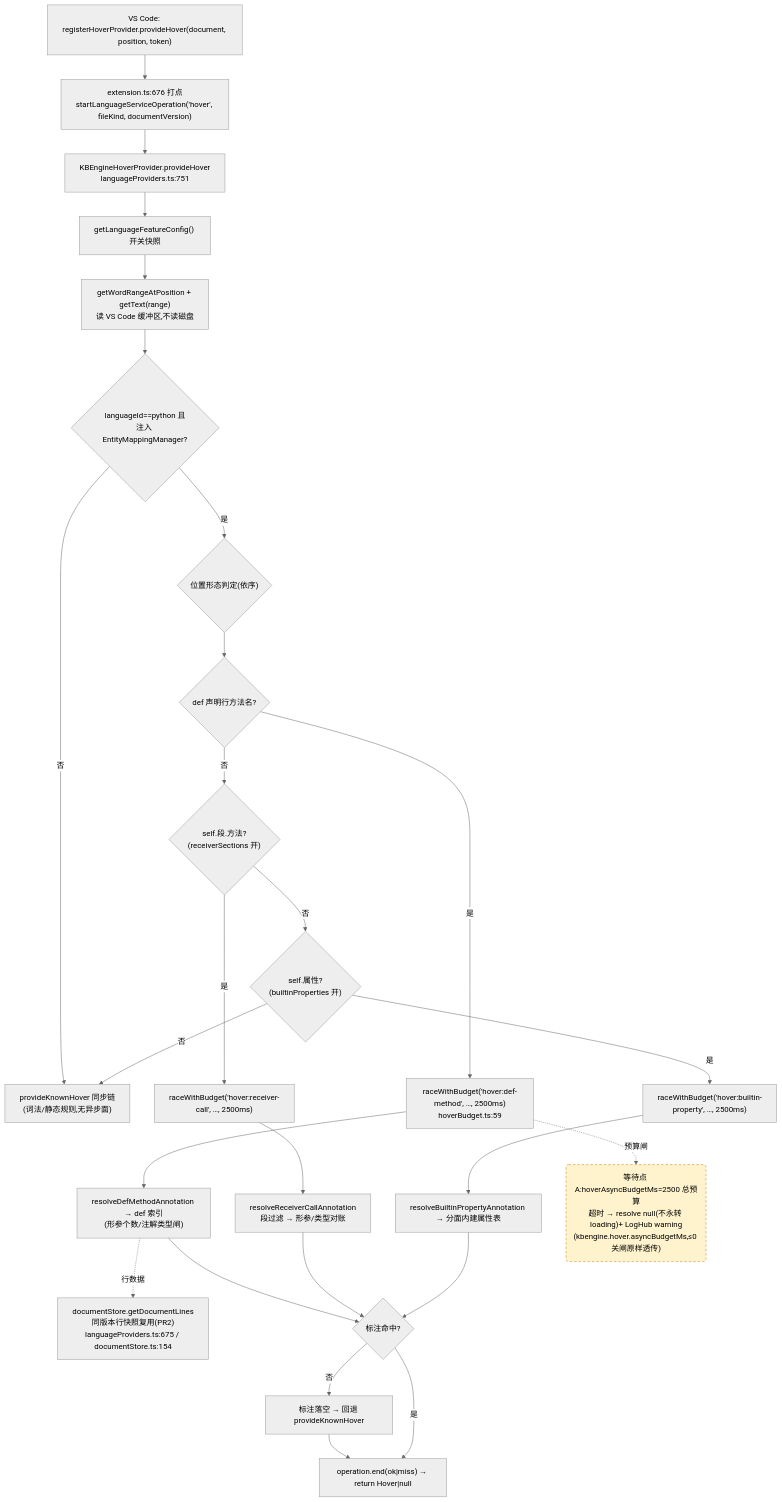
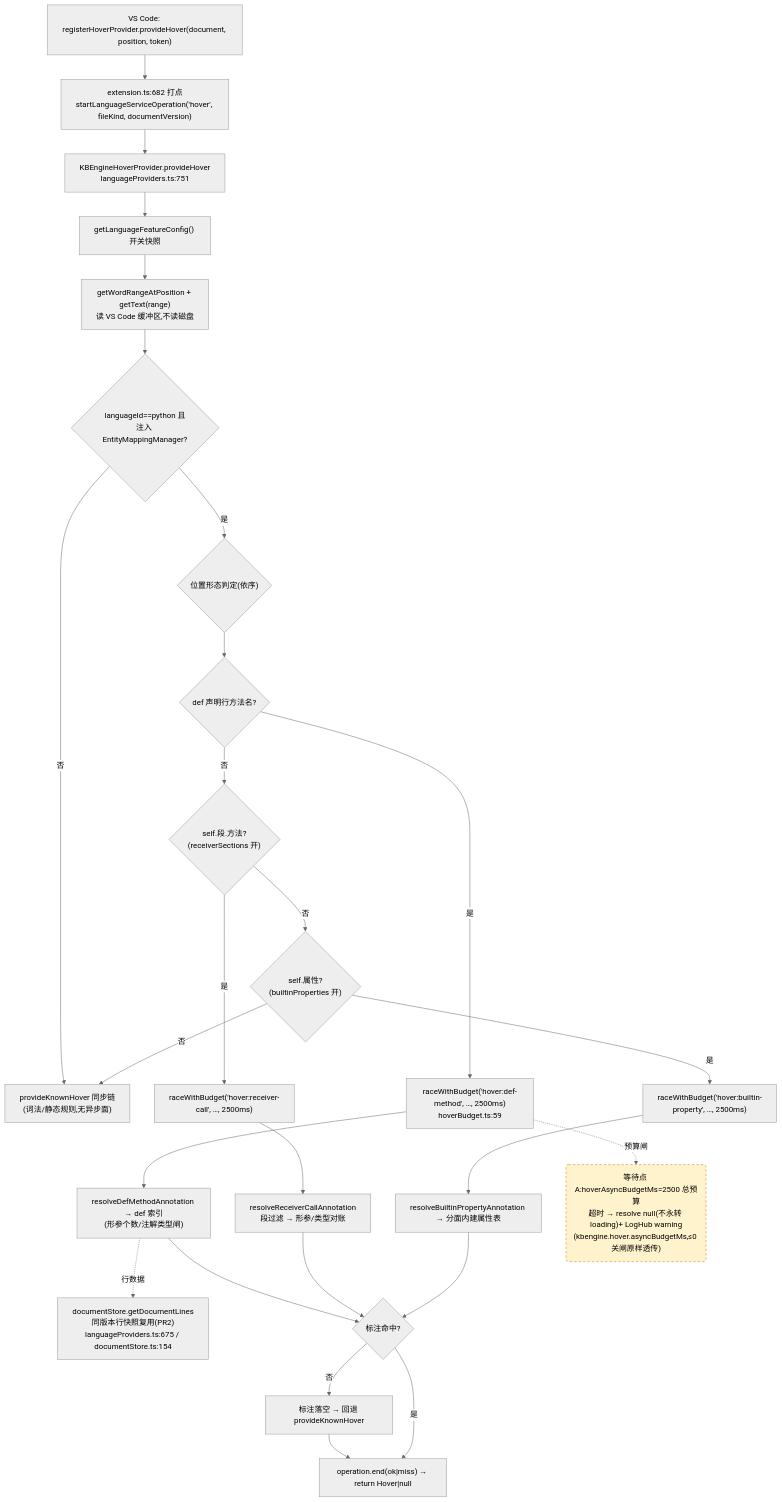
One commit to cuihairu/kode changed the first of 4 diagrams in docs/perf/2026-baseline.md. Above: the diagram before and after it, drawn with Mermaid (neutral theme). The commit also changed other lines of this file and 11 other files, not shown here.

````diff
--- a/docs/perf/2026-baseline.md
+++ b/docs/perf/2026-baseline.md
@@ -82,45 +82,45 @@
 ```mermaid
 flowchart TD
   VC1["VS Code: registerHoverProvider.provideHover(document, position, token)"]
-  M1["extension.ts:676 打点<br/>startLanguageServiceOperation('hover', fileKind, documentVersion)"]
+  M1["extension.ts:682 打点<br/>startLanguageServiceOperation('hover', fileKind, documentVersion)"]
   HP["KBEngineHoverProvider.provideHover<br/>languageProviders.ts:751"]
   CFG["getLanguageFeatureConfig() 开关快照"]
   WORD["getWordRangeAtPosition + getText(range)<br/>读 VS Code 缓冲区,不读磁盘"]
   BR{"languageId==python 且<br/>注入 EntityMappingManager?"}
   KN["provideKnownHover 同步链<br/>(词法/静态规则,无异步面)"]
   POS{"位置形态判定(依序)"}
   D1{"def 声明行方法名?"}
   D2{"self.段.方法?<br/>(receiverSections 开)"}
   D3{"self.属性?<br/>(builtinProperties 开)"}
   RA1["raceWithBudget('hover:def-method', …, 2500ms)<br/>hoverBudget.ts:59"]
   RA2["raceWithBudget('hover:receiver-call', …, 2500ms)"]
   RA3["raceWithBudget('hover:builtin-property', …, 2500ms)"]
   RS1["resolveDefMethodAnnotation → def 索引<br/>(形参个数/注解类型闸)"]
   RS2["resolveReceiverCallAnnotation<br/>段过滤 → 形参/类型对账"]
   RS3["resolveBuiltinPropertyAnnotation → 分面内建属性表"]
   LINES["documentStore.getDocumentLines<br/>同版本行快照复用(PR2)<br/>languageProviders.ts:675 / documentStore.ts:154"]
   MISS["标注落空 → 回退 provideKnownHover"]
   END1["operation.end(ok|miss) → return Hover|null"]
 
   VC1 --> M1 --> HP --> CFG --> WORD --> BR
   BR -- "否" --> KN
   BR -- "是" --> POS --> D1
   D1 -- "是" --> RA1 --> RS1
   D1 -- "否" --> D2
   D2 -- "是" --> RA2 --> RS2
   D2 -- "否" --> D3
   D3 -- "是" --> RA3 --> RS3
   D3 -- "否" --> KN
   RS1 --> HIT{"标注命中?"}
   RS2 --> HIT
   RS3 --> HIT
   RS1 -.->|行数据| LINES
   HIT -- "否" --> MISS --> END1
   HIT -- "是" --> END1
 
   WAITA("等待点 A:hoverAsyncBudgetMs=2500 总预算<br/>超时 → resolve null(不永转 loading)+ LogHub warning<br/>(kbengine.hover.asyncBudgetMs,≤0 关闸原样透传)")
   RA1 -.->|预算闸| WAITA
 
   classDef waitPoint fill:#fff3cd,stroke:#d97706,stroke-dasharray:5 4;
   class WAITA waitPoint;
 ```
````
